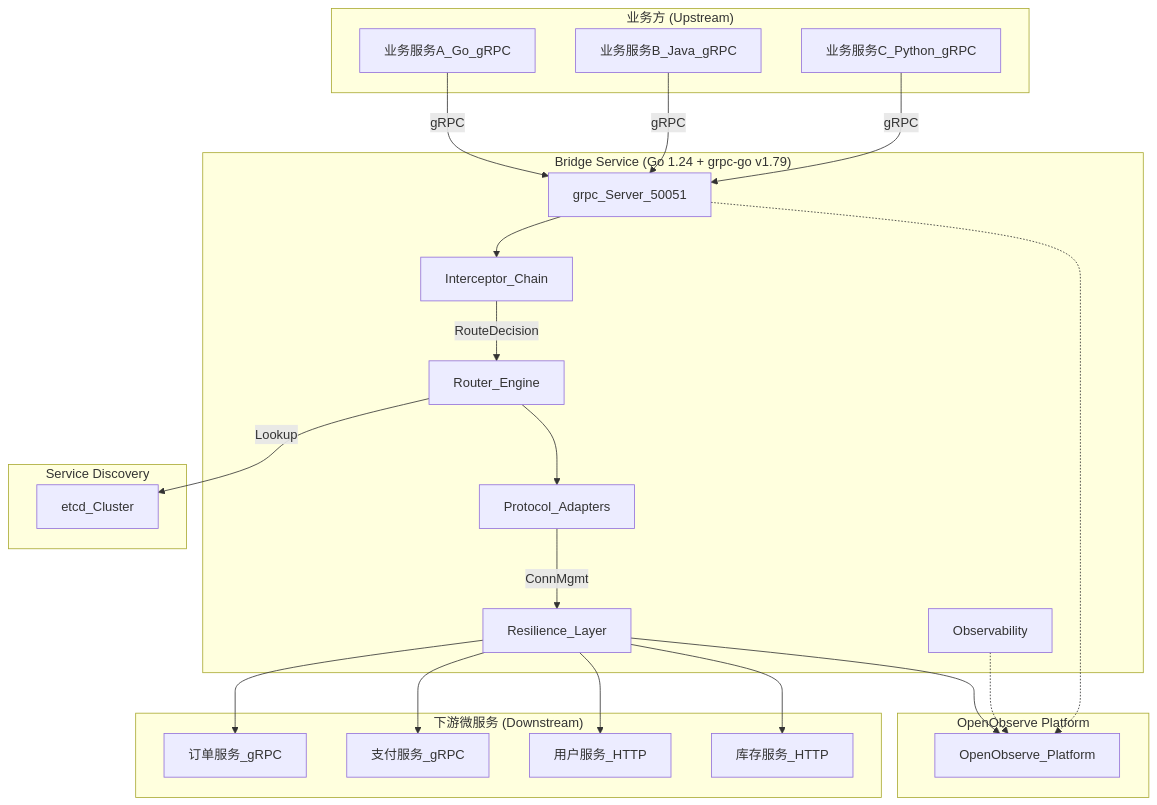
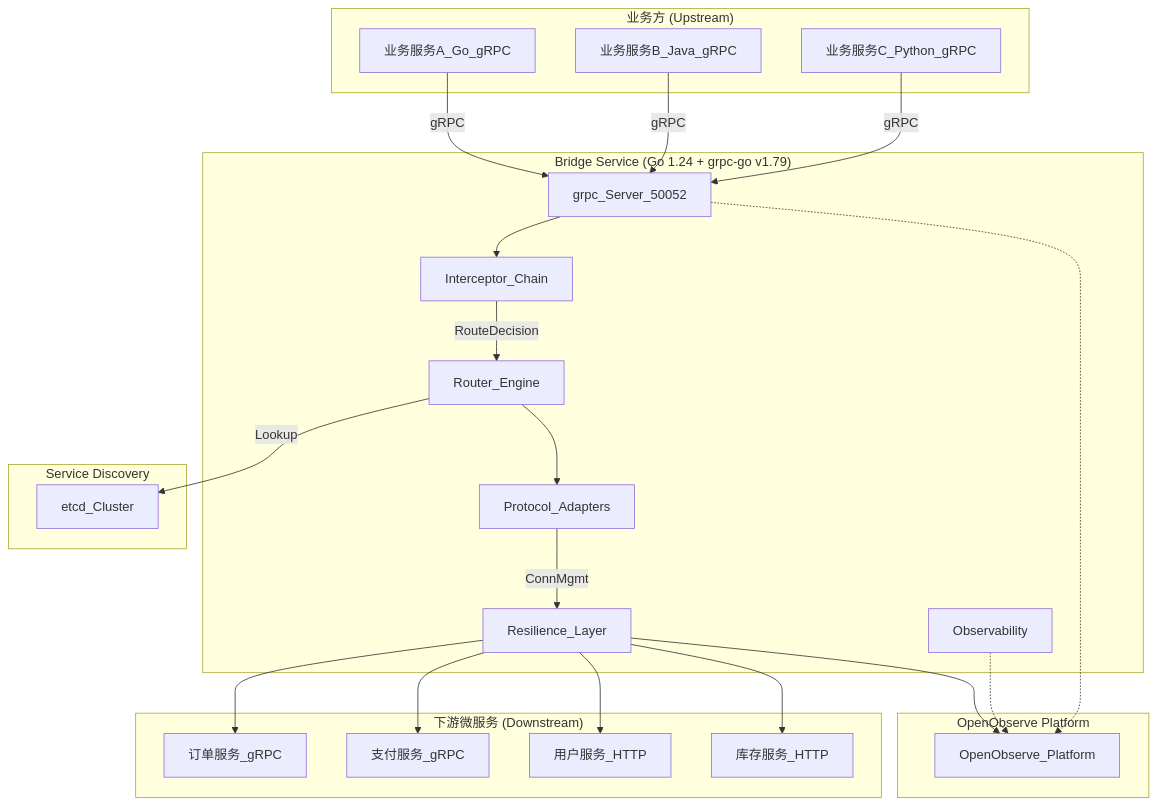
The first of 2 diagrams in bridge.md (daheige/bridge-svc), drawn with Mermaid before and after one commit. The commit also changed other lines of this file and 1 other file, not shown here.

````diff
--- a/bridge.md
+++ b/bridge.md
@@ -39,48 +39,48 @@
 ```mermaid
 graph TB
     subgraph "业务方 (Upstream)"
         A[业务服务A_Go_gRPC]
         B[业务服务B_Java_gRPC]
         C[业务服务C_Python_gRPC]
     end
 
     subgraph "Bridge Service (Go 1.24 + grpc-go v1.79)"
-        D[grpc_Server_50051]
+        D[grpc_Server_50052]
         E[Interceptor_Chain]
         F[Router_Engine]
         G[Protocol_Adapters]
         H[Resilience_Layer]
         I[Observability]
     end
 
     subgraph "Service Discovery"
         J[etcd_Cluster]
     end
 
     subgraph "下游微服务 (Downstream)"
         K[订单服务_gRPC]
         L[支付服务_gRPC]
         M[用户服务_HTTP]
         N[库存服务_HTTP]
     end
 
     subgraph "OpenObserve Platform"
         O[OpenObserve_Platform]
     end
 
     A -- gRPC --> D
     B -- gRPC --> D
     C -- gRPC --> D
     D --> E
     E -- RouteDecision --> F
     F -- Lookup --> J
     F --> G
     G -- ConnMgmt --> H
     H --> K
     H --> L
     H --> M
     H --> N
     H --> O
     D -.-> O
     I -.-> O
 ```
````
